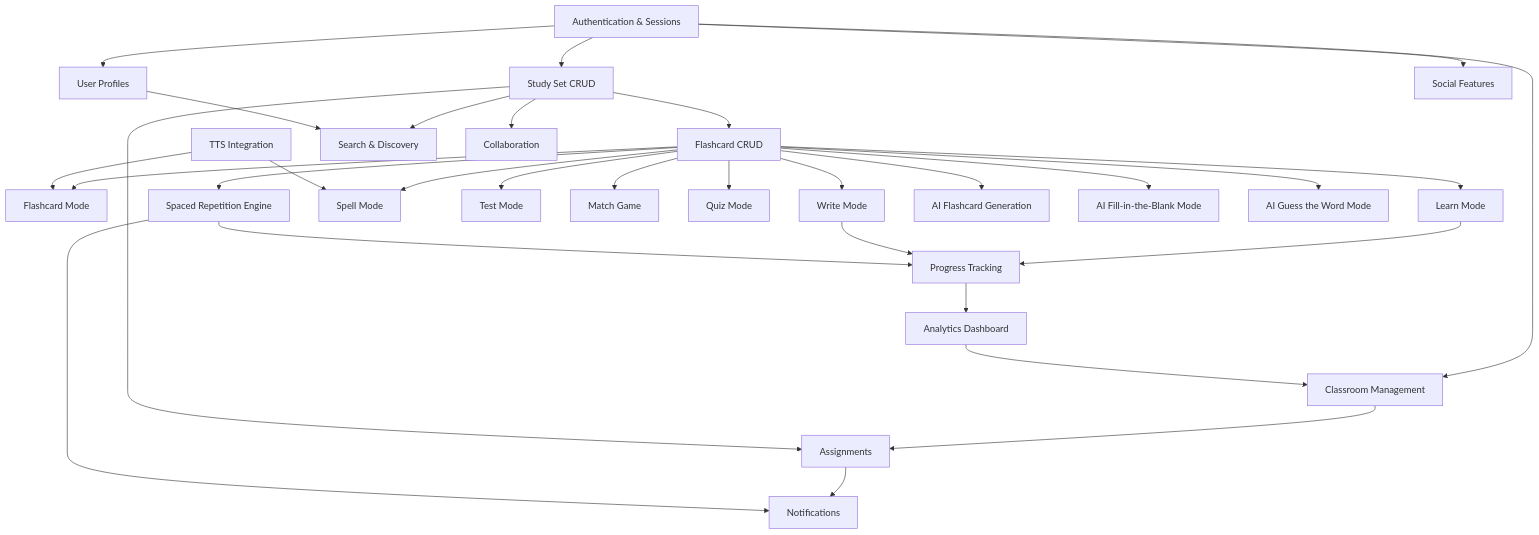
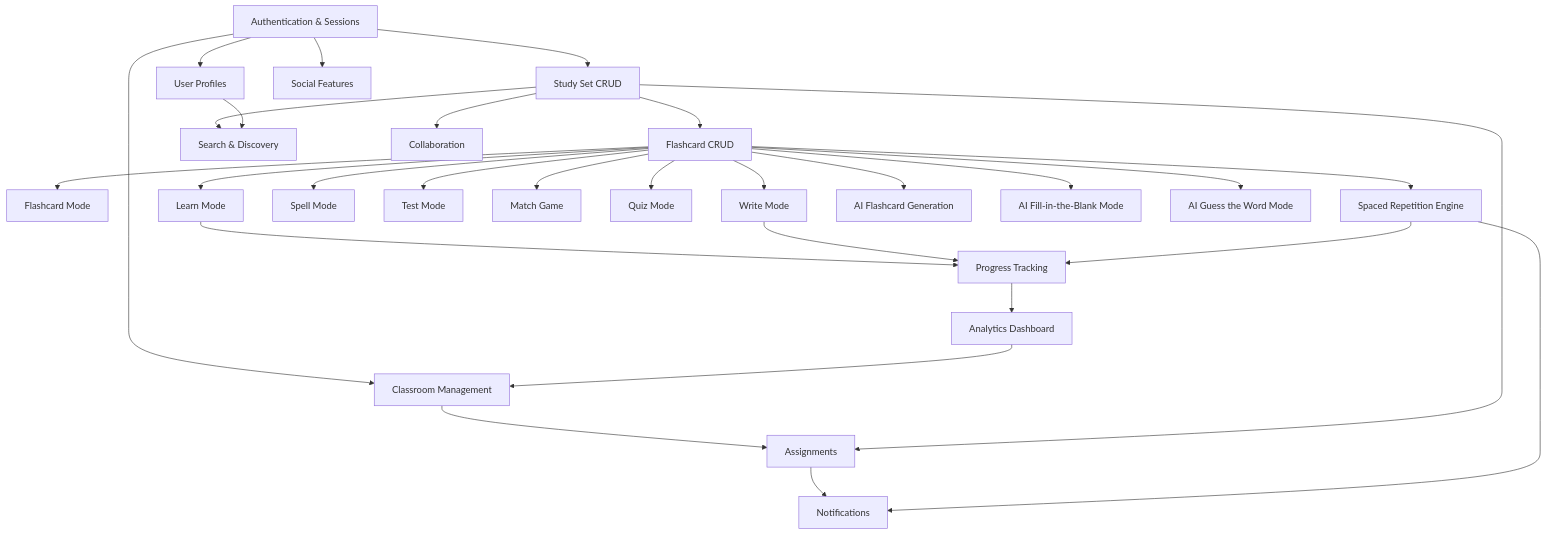
The first of 4 diagrams in docs/Mimir_Roadmap_v1.md (Imba-Team/app), drawn with Mermaid before and after one commit. The commit also changed other lines of this file and 1 other file, not shown here.

First line of the commit message:
docs: defer TTS and Spell Mode to post-MVP (v1.1)

````diff
--- a/docs/Mimir_Roadmap_v1.md
+++ b/docs/Mimir_Roadmap_v1.md
@@ -81,58 +81,55 @@
 ```mermaid
 graph TD
   AUTH[Authentication & Sessions]
   PROF[User Profiles]
   SETS[Study Set CRUD]
   CARDS[Flashcard CRUD]
   FLASH[Flashcard Mode]
   LEARN[Learn Mode]
   WRITE[Write Mode]
   SPELL[Spell Mode]
   TEST[Test Mode]
   MATCH[Match Game]
   QUIZ[Quiz Mode]
   SRS[Spaced Repetition Engine]
   PROG[Progress Tracking]
-  TTS[TTS Integration]
   AIGEN[AI Flashcard Generation]
   AIFIB[AI Fill-in-the-Blank Mode]
   AIGW[AI Guess the Word Mode]
   SEARCH[Search & Discovery]
   CLASS[Classroom Management]
   ASSIGN[Assignments]
   NOTIF[Notifications]
   ANAL[Analytics Dashboard]
   COLLAB[Collaboration]
   SOCIAL[Social Features]
 
   AUTH --> PROF
   AUTH --> SETS
   AUTH --> CLASS
   SETS --> CARDS
   CARDS --> FLASH
   CARDS --> LEARN
   CARDS --> WRITE
   CARDS --> SPELL
   CARDS --> TEST
   CARDS --> MATCH
   CARDS --> QUIZ
   CARDS --> SRS
   CARDS --> AIGEN
   CARDS --> AIFIB
   CARDS --> AIGW
-  TTS --> SPELL
-  TTS --> FLASH
   LEARN --> PROG
   WRITE --> PROG
   SRS --> PROG
   PROG --> ANAL
   CLASS --> ASSIGN
   SETS --> ASSIGN
   ASSIGN --> NOTIF
   SRS --> NOTIF
   SETS --> SEARCH
   PROF --> SEARCH
   SETS --> COLLAB
   AUTH --> SOCIAL
   ANAL --> CLASS
 ```
````
